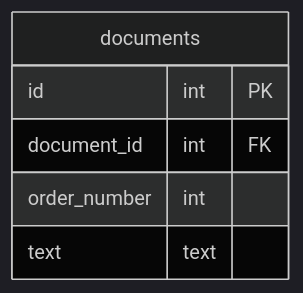
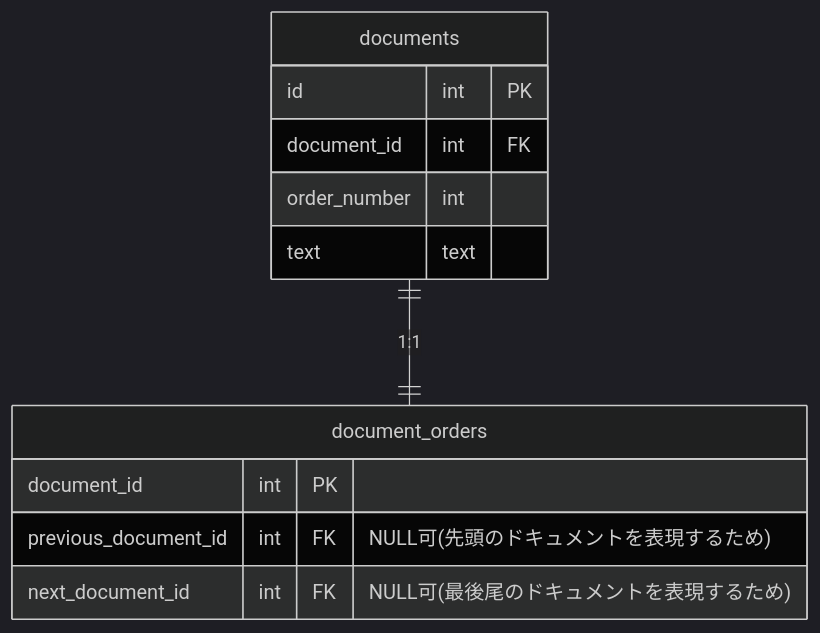
The second of 2 diagrams in db/db-modeling-3/README.md (HitoroOhria/praha-challenge), drawn with Mermaid (dark theme) before and after one commit. The commit also changed other lines of this file, not shown here.

Commit message:
ドキュメントの順番を双方向リストで表現するように修正

````diff
--- a/db/db-modeling-3/README.md
+++ b/db/db-modeling-3/README.md
@@ -130,10 +131,17 @@
 ```mermaid
 erDiagram
 
+documents ||--|| document_orders : "1:1"
 documents {
   id int PK
   document_id int FK
   order_number int
   text text
 }
+
+document_orders {
+  document_id int PK
+  previous_document_id int FK "NULL可(先頭のドキュメントを表現するため)"
+  next_document_id int FK "NULL可(最後尾のドキュメントを表現するため)"
+}
 ```
````
